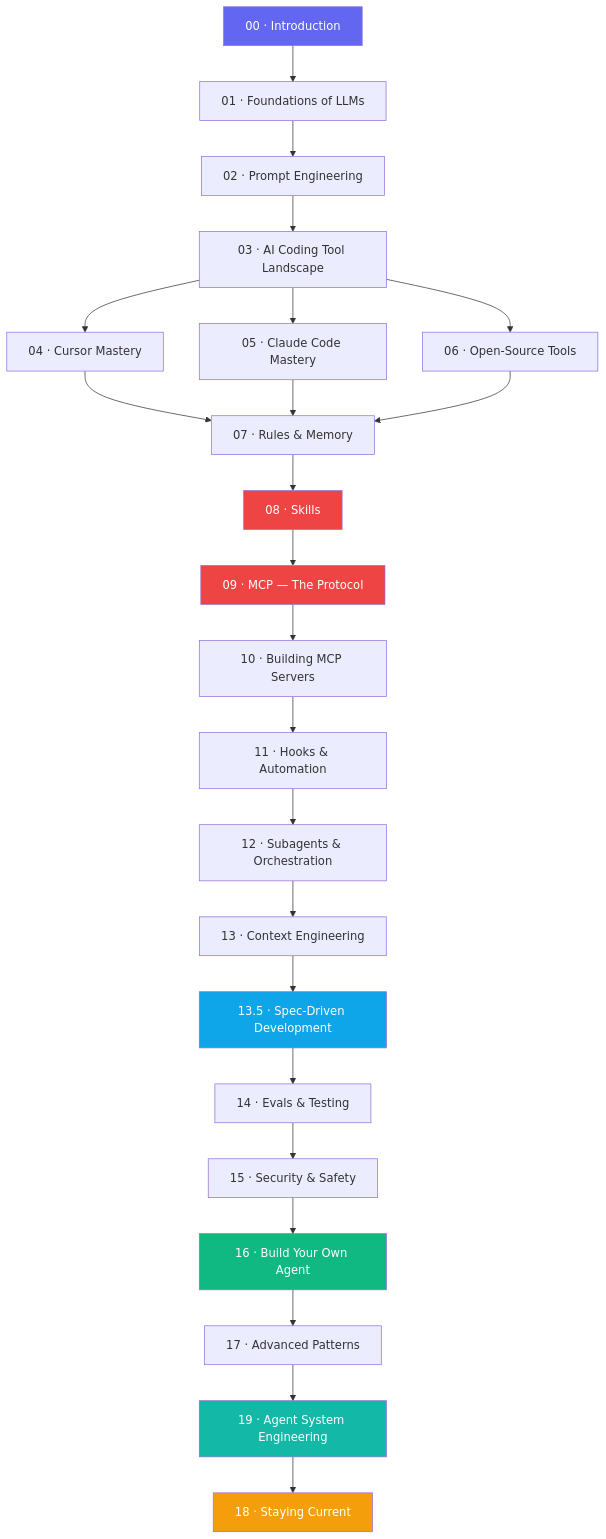
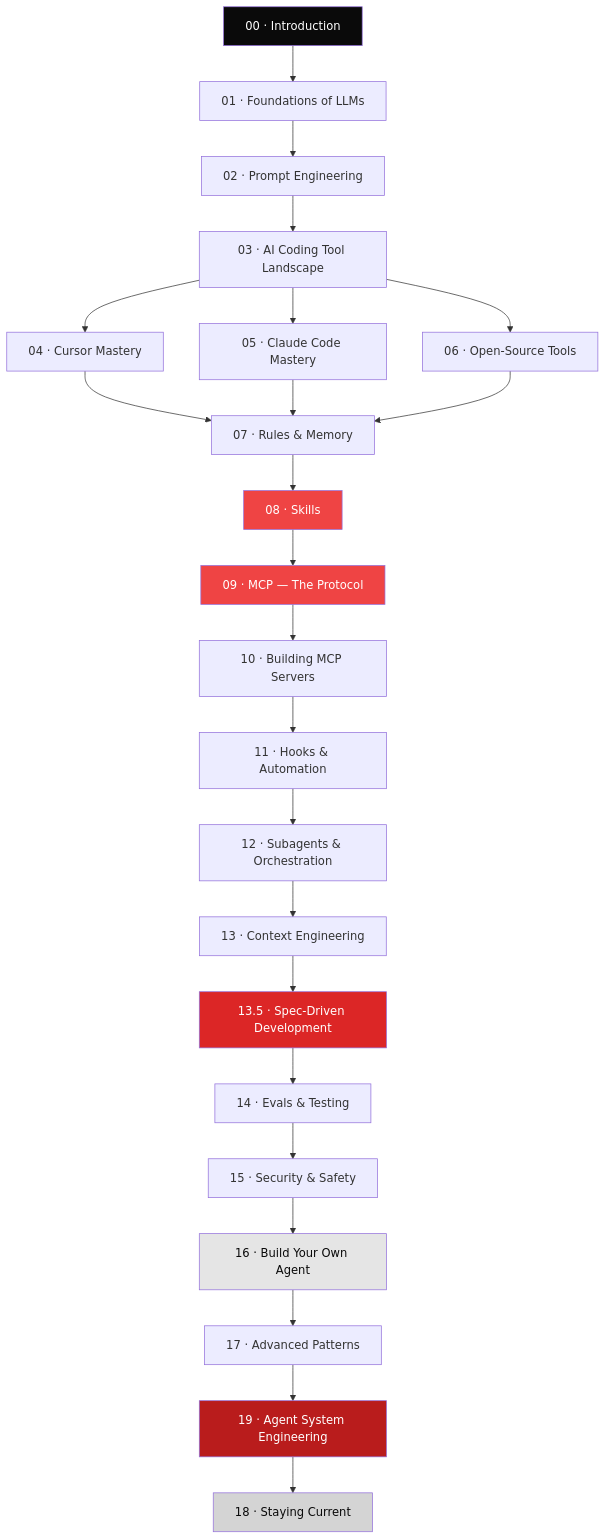
One commit to Isfhan/learn-agentic-coding changed the diagram in README.md. Above: the diagram before and after it, drawn with Mermaid. The commit also changed other lines of this file and 33 other files, not shown here.

````diff
--- a/README.md
+++ b/README.md
@@ -37,33 +37,33 @@
 ```mermaid
 flowchart TD
     A[00 · Introduction] --> B[01 · Foundations of LLMs]
     B --> C[02 · Prompt Engineering]
     C --> D[03 · AI Coding Tool Landscape]
     D --> E1[04 · Cursor Mastery]
     D --> E2[05 · Claude Code Mastery]
     D --> E3[06 · Open-Source Tools]
     E1 --> F[07 · Rules & Memory]
     E2 --> F
     E3 --> F
     F --> G[08 · Skills]
     G --> H[09 · MCP — The Protocol]
     H --> I[10 · Building MCP Servers]
     I --> J[11 · Hooks & Automation]
     J --> K[12 · Subagents & Orchestration]
     K --> L[13 · Context Engineering]
     L --> L2[13.5 · Spec-Driven Development]
     L2 --> M[14 · Evals & Testing]
     M --> N[15 · Security & Safety]
     N --> O[16 · Build Your Own Agent]
     O --> P[17 · Advanced Patterns]
     P --> R[19 · Agent System Engineering]
     R --> Q[18 · Staying Current]
 
-    style A fill:#6366f1,color:#fff
-    style H fill:#ef4444,color:#fff
-    style G fill:#ef4444,color:#fff
-    style L2 fill:#0ea5e9,color:#fff
-    style O fill:#10b981,color:#fff
-    style Q fill:#f59e0b,color:#fff
-    style R fill:#14b8a6,color:#fff
+    style A fill:#0A0A0A,color:#fff
+    style H fill:#EF4444,color:#fff
+    style G fill:#EF4444,color:#fff
+    style L2 fill:#DC2626,color:#fff
+    style O fill:#E5E5E5,color:#0A0A0A
+    style Q fill:#D4D4D4,color:#0A0A0A
+    style R fill:#B91C1C,color:#fff
 ```
````
